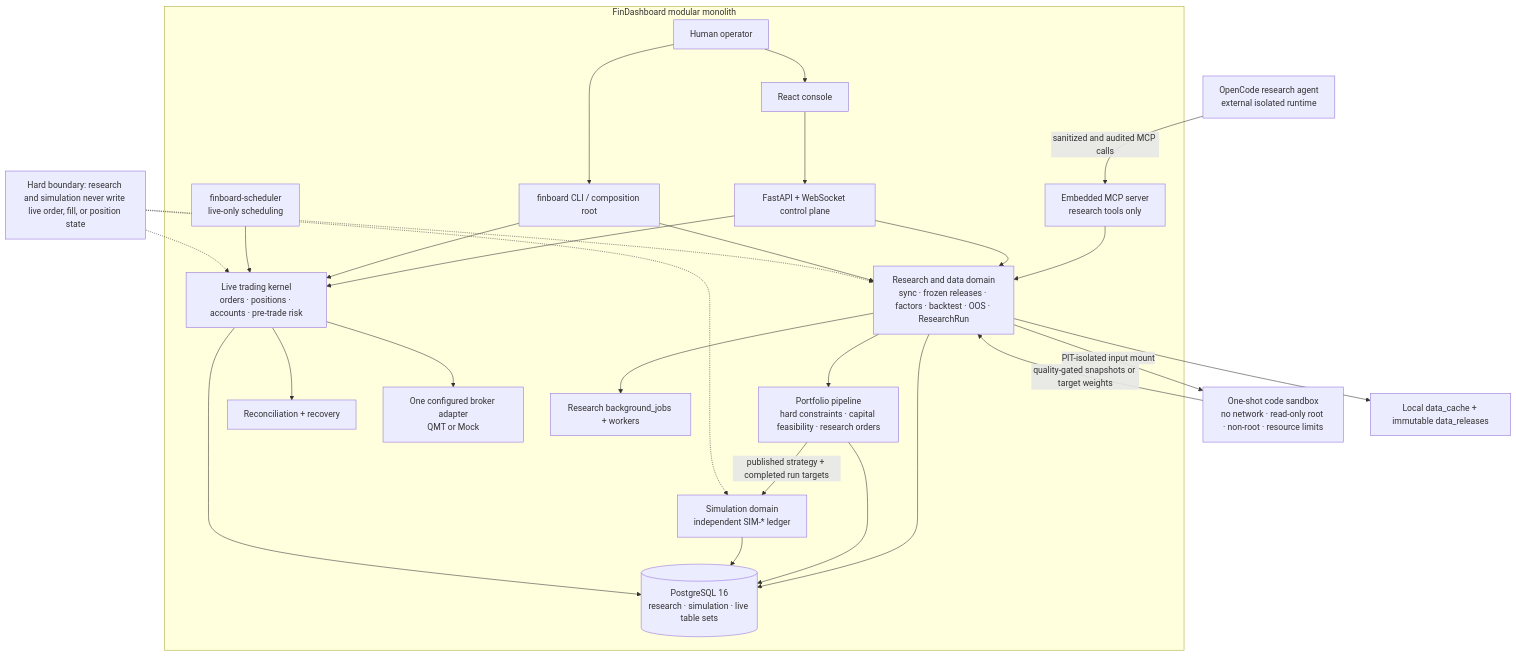
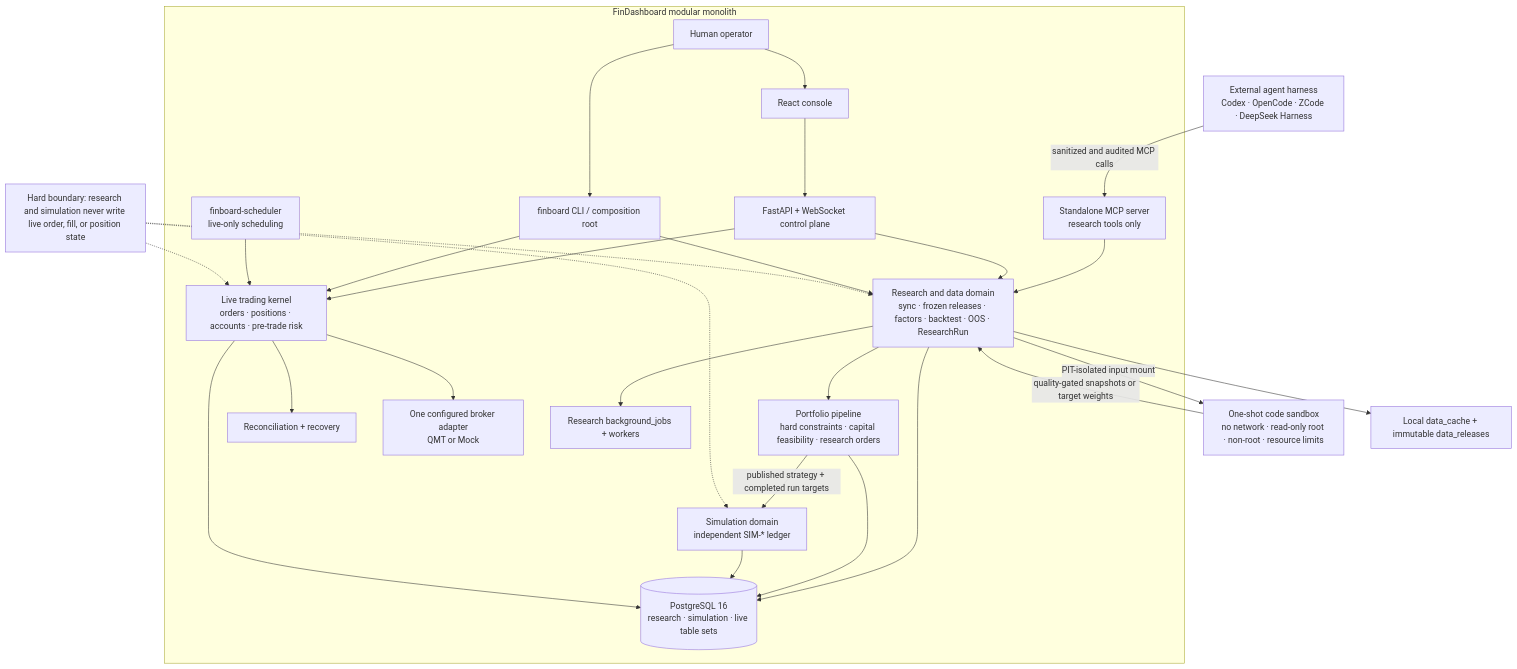
One commit to Caspian-Lin/FinDashboard changed the diagram in README.md. Above: the diagram before and after it, drawn with Mermaid. The commit also changed other lines of this file and 12 other files, not shown here.

Commit message:
docs: 同步外部 Agent 接入与 OpenCode 退役说明 (#520)

````diff
--- a/README.md
+++ b/README.md
@@ -45,36 +45,36 @@
 ```mermaid
 flowchart TB
     HUMAN["Human operator"] --> WEB["React console"]
-    AGENT["OpenCode research agent<br/>external isolated runtime"] -->|"sanitized and audited MCP calls"| MCP
+    AGENT["External agent harness<br/>Codex · OpenCode · ZCode · DeepSeek Harness"] -->|"sanitized and audited MCP calls"| MCP
 
     subgraph APP["FinDashboard modular monolith"]
         WEB --> API["FastAPI + WebSocket control plane"]
         HUMAN --> CLI["finboard CLI / composition root"]
-        MCP["Embedded MCP server<br/>research tools only"] --> RESEARCH
+        MCP["Standalone MCP server<br/>research tools only"] --> RESEARCH
         API --> RESEARCH["Research and data domain<br/>sync · frozen releases · factors · backtest · OOS · ResearchRun"]
         CLI --> RESEARCH
         RESEARCH --> PORTFOLIO["Portfolio pipeline<br/>hard constraints · capital feasibility · research orders"]
         PORTFOLIO -->|"published strategy + completed run targets"| SIM["Simulation domain<br/>independent SIM-* ledger"]
 
         API --> LIVE["Live trading kernel<br/>orders · positions · accounts · pre-trade risk"]
         CLI --> LIVE
         SCHED["finboard-scheduler<br/>live-only scheduling"] --> LIVE
         LIVE --> REC["Reconciliation + recovery"]
         LIVE --> BROKER["One configured broker adapter<br/>QMT or Mock"]
 
         RESEARCH --> JOBS["Research background_jobs + workers"]
         RESEARCH --> PG[("PostgreSQL 16<br/>research · simulation · live table sets")]
         PORTFOLIO --> PG
         SIM --> PG
         LIVE --> PG
     end
 
     RESEARCH -->|"PIT-isolated input mount"| SANDBOX["One-shot code sandbox<br/>no network · read-only root · non-root · resource limits"]
     SANDBOX -->|"quality-gated snapshots or target weights"| RESEARCH
     RESEARCH --> FILES["Local data_cache + immutable data_releases"]
 
     GUARD["Hard boundary: research and simulation never write live order, fill, or position state"]
     GUARD -.-> RESEARCH
     GUARD -.-> SIM
     GUARD -.-> LIVE
 ```
````
